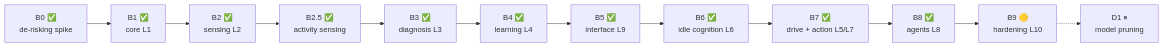
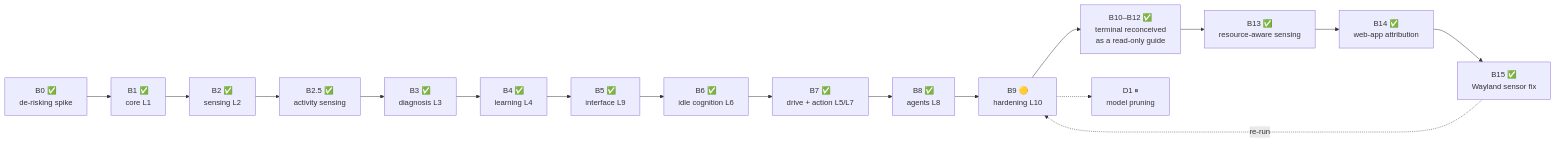
The ninth of 14 diagrams in RESEARCH_DOSSIER.md (bhanot-99/NeuroPACA), drawn with Mermaid before and after one commit. The commit also changed other lines of this file and 2 other files, not shown here.

First line of the commit message:
Native graph-view window + compact tray menu; dossier v5 (#25)

````diff
--- a/RESEARCH_DOSSIER.md
+++ b/RESEARCH_DOSSIER.md
@@ -558,14 +562,19 @@
 ```mermaid
 flowchart LR
     B0["B0 ✅<br/>de-risking spike"] --> B1["B1 ✅<br/>core L1"]
     B1 --> B2["B2 ✅<br/>sensing L2"]
     B2 --> B25["B2.5 ✅<br/>activity sensing"]
     B25 --> B3["B3 ✅<br/>diagnosis L3"]
     B3 --> B4["B4 ✅<br/>learning L4"]
     B4 --> B5["B5 ✅<br/>interface L9"]
     B5 --> B6["B6 ✅<br/>idle cognition L6"]
     B6 --> B7["B7 ✅<br/>drive + action L5/L7"]
     B7 --> B8["B8 ✅<br/>agents L8"]
     B8 --> B9["B9 🟡<br/>hardening L10"]
+    B9 --> B10["B10–B12 ✅<br/>terminal reconceived<br/>as a read-only guide"]
+    B10 --> B13["B13 ✅<br/>resource-aware sensing"]
+    B13 --> B14["B14 ✅<br/>web-app attribution"]
+    B14 --> B15["B15 ✅<br/>Wayland sensor fix"]
+    B15 -.->|re-run| B9
     B9 -.-> D1["D1 ⏸<br/>model pruning"]
 ```
````
